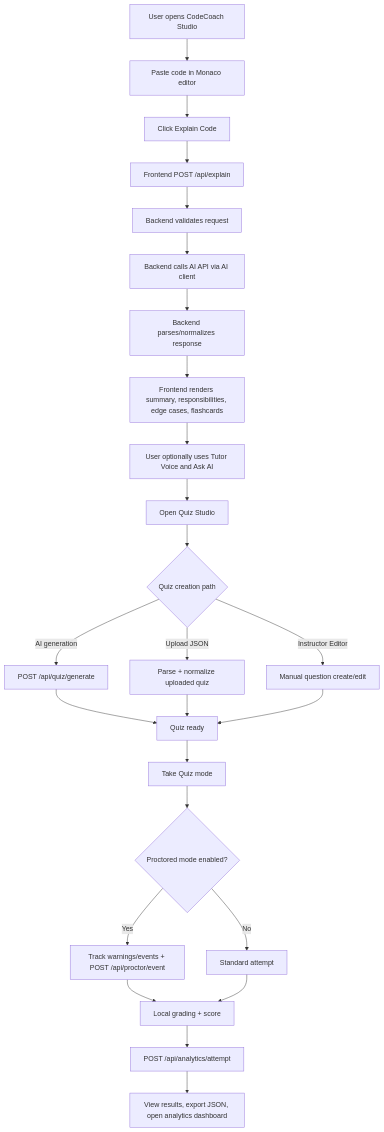
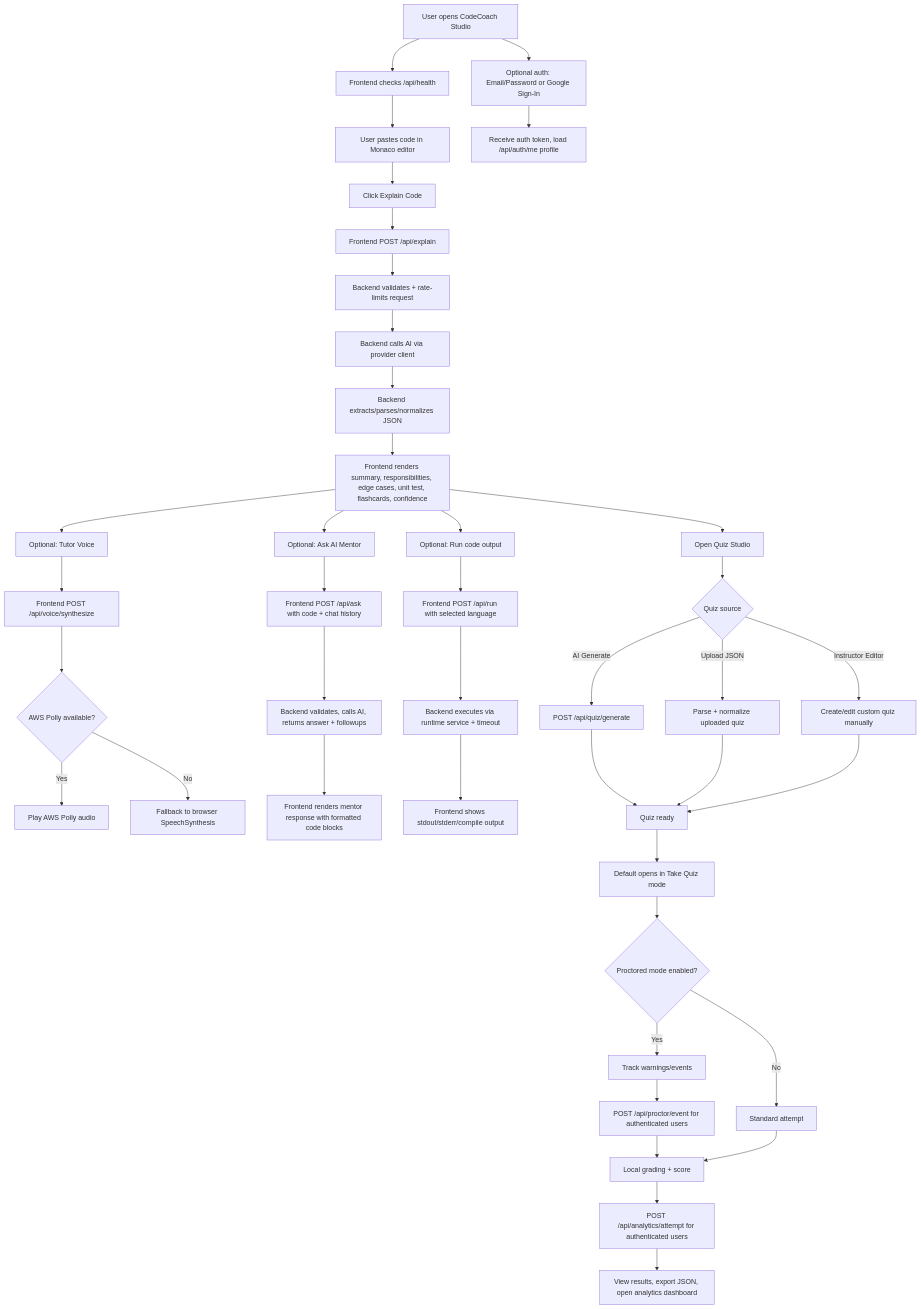
Before and after one commit to Anonyx-Byte/codecoach-studio: the second of 2 diagrams in design.md, drawn with Mermaid. The commit also changed other lines of this file, not shown here.

````diff
--- a/design.md
+++ b/design.md
@@ -236,31 +1279,51 @@
 ```mermaid
 flowchart TD
-  A[User opens CodeCoach Studio] --> B[Paste code in Monaco editor]
-  B --> C[Click Explain Code]
-  C --> D[Frontend POST /api/explain]
-  D --> E[Backend validates request]
-  E --> F[Backend calls AI API via AI client]
-  F --> G[Backend parses/normalizes response]
-  G --> H[Frontend renders summary, responsibilities, edge cases, flashcards]
-  H --> I[User optionally uses Tutor Voice and Ask AI]
-  I --> J[Open Quiz Studio]
+  A[User opens CodeCoach Studio] --> B[Frontend checks /api/health]
+  B --> C[User pastes code in Monaco editor]
+  C --> D[Click Explain Code]
+  D --> E[Frontend POST /api/explain]
+  E --> F[Backend validates + rate-limits request]
+  F --> G[Backend calls AI via provider client]
+  G --> H[Backend extracts/parses/normalizes JSON]
+  H --> I[Frontend renders summary, responsibilities, edge cases, unit test, flashcards, confidence]
 
-  J --> K{Quiz creation path}
-  K -->|AI generation| L[POST /api/quiz/generate]
-  K -->|Upload JSON| M[Parse + normalize uploaded quiz]
-  K -->|Instructor Editor| N[Manual question create/edit]
+  I --> J[Optional: Tutor Voice]
+  J --> K[Frontend POST /api/voice/synthesize]
+  K --> L{AWS Polly available?}
+  L -->|Yes| M[Play AWS Polly audio]
+  L -->|No| N[Fallback to browser SpeechSynthesis]
 
-  L --> O[Quiz ready]
-  M --> O
-  N --> O
+  I --> O[Optional: Ask AI Mentor]
+  O --> P[Frontend POST /api/ask with code + chat history]
+  P --> Q[Backend validates, calls AI, returns answer + followups]
+  Q --> R[Frontend renders mentor response with formatted code blocks]
 
-  O --> P[Take Quiz mode]
-  P --> Q{Proctored mode enabled?}
-  Q -->|Yes| R[Track warnings/events + POST /api/proctor/event]
-  Q -->|No| S[Standard attempt]
+  I --> S[Optional: Run code output]
+  S --> T[Frontend POST /api/run with selected language]
+  T --> U[Backend executes via runtime service + timeout]
+  U --> V[Frontend shows stdout/stderr/compile output]
 
-  R --> T[Local grading + score]
-  S --> T
-  T --> U[POST /api/analytics/attempt]
-  U --> V[View results, export JSON, open analytics dashboard]
+  I --> W[Open Quiz Studio]
+  W --> X{Quiz source}
+  X -->|AI Generate| Y[POST /api/quiz/generate]
+  X -->|Upload JSON| Z[Parse + normalize uploaded quiz]
+  X -->|Instructor Editor| AA[Create/edit custom quiz manually]
+
+  Y --> AB[Quiz ready]
+  Z --> AB
+  AA --> AB
+
+  AB --> AC[Default opens in Take Quiz mode]
+  AC --> AD{Proctored mode enabled?}
+  AD -->|Yes| AE[Track warnings/events]
+  AE --> AF[POST /api/proctor/event for authenticated users]
+  AD -->|No| AG[Standard attempt]
+
+  AF --> AH[Local grading + score]
+  AG --> AH
+  AH --> AI[POST /api/analytics/attempt for authenticated users]
+  AI --> AJ[View results, export JSON, open analytics dashboard]
+
+  A --> AK[Optional auth: Email/Password or Google Sign-In]
+  AK --> AL[Receive auth token, load /api/auth/me profile]
 ```
````
